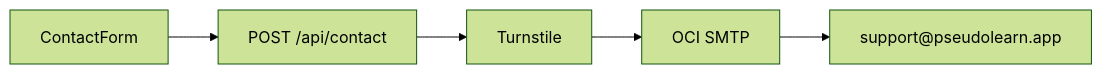
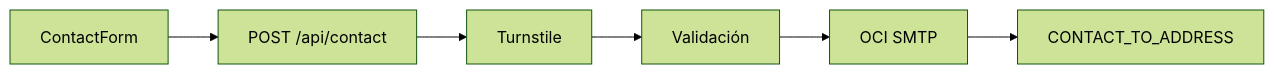
One commit to cgutieco/pseudolearn changed the third of 3 diagrams in apps/pseudolearn_web/README.md. Above: the diagram before and after it, drawn with Mermaid (forest theme). The commit also changed other lines of this file and 4 other files, not shown here.

````diff
--- a/apps/pseudolearn_web/README.md
+++ b/apps/pseudolearn_web/README.md
@@ -59,7 +65,8 @@
 ```mermaid
 flowchart LR
   form["ContactForm"] --> api["POST /api/contact"]
   api --> turnstile["Turnstile"]
-  turnstile --> smtp["OCI SMTP"]
-  smtp --> soporte["support@pseudolearn.app"]
+  turnstile --> validation["Validación"]
+  validation --> smtp["OCI SMTP"]
+  smtp --> support["CONTACT_TO_ADDRESS"]
 ```
````
